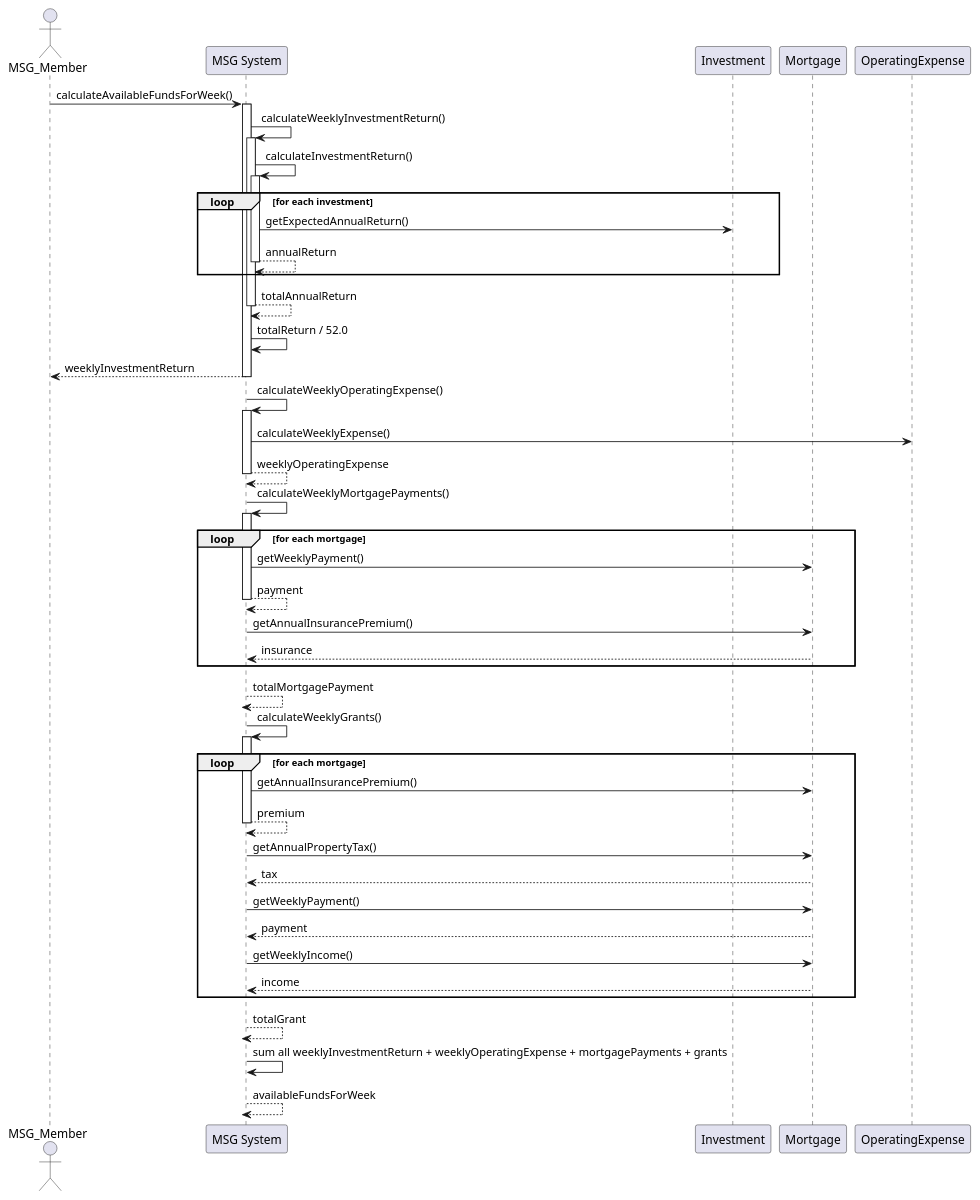
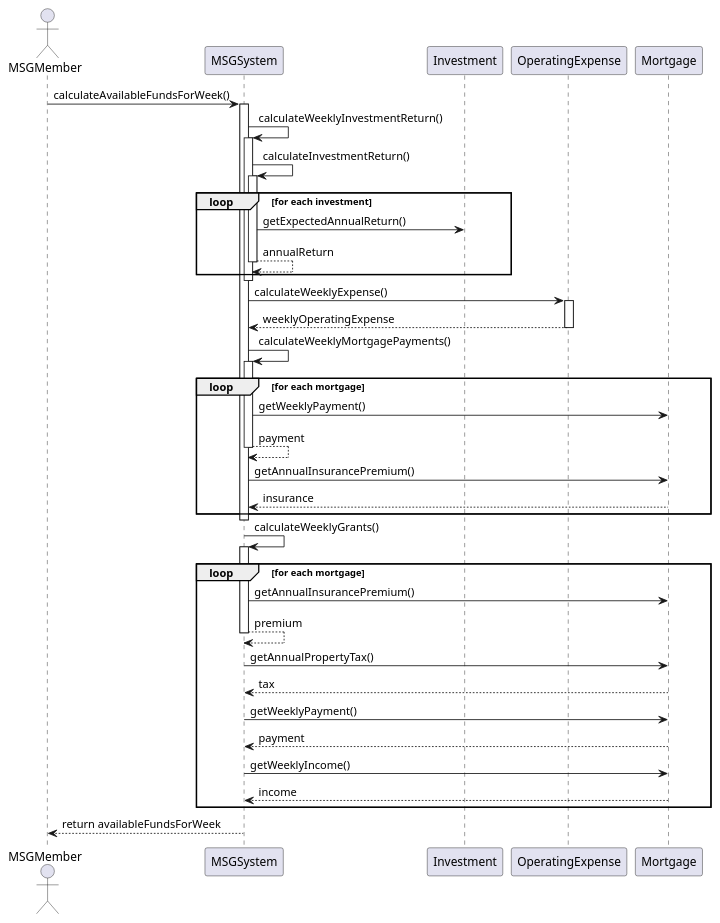
One commit to DongChyeon/MSG-Foundation-Assignment changed the diagram in sequence.puml. Above: the diagram before and after it, drawn with PlantUML. The commit also changed 2 other files, not shown here.

Commit message:
Fix : 주간 가용 자금 계산 시퀀스 다이어그램 수정

```diff
--- a/sequence.puml
+++ b/sequence.puml
@@ -1,61 +1,52 @@
 @startuml
-actor MSG_Member
+actor MSGMember
+participant "MSGSystem" as msg
+participant "Investment" as inv
+participant "OperatingExpense" as op
+participant "Mortgage" as mort
 
-participant "MSG System" as msg
-participant "Investment" as inv
-participant "Mortgage" as mort
-participant "OperatingExpense" as op
+MSGMember -> msg : calculateAvailableFundsForWeek()
+activate msg
 
-MSG_Member -> msg : calculateAvailableFundsForWeek()
-
-activate msg
 msg -> msg : calculateWeeklyInvestmentReturn()
 activate msg
-msg -> msg : calculateInvestmentReturn()
-activate msg
-loop for each investment
-    msg -> inv : getExpectedAnnualReturn()
-    return annualReturn
-end
-return totalAnnualReturn
-msg -> msg : totalReturn / 52.0
-return weeklyInvestmentReturn
-deactivate msg
+    msg -> msg : calculateInvestmentReturn()
+    activate msg
+        loop for each investment
+            msg -> inv : getExpectedAnnualReturn()
+            return annualReturn
+        end
+    deactivate msg
 
-msg -> msg : calculateWeeklyOperatingExpense()
-activate msg
 msg -> op : calculateWeeklyExpense()
+activate op
 return weeklyOperatingExpense
-deactivate msg
+deactivate op
 
 msg -> msg : calculateWeeklyMortgagePayments()
 activate msg
-loop for each mortgage
-    msg -> mort : getWeeklyPayment()
-    return payment
-    msg -> mort : getAnnualInsurancePremium()
-    return insurance
-end
-msg --> msg: totalMortgagePayment
+    loop for each mortgage
+        msg -> mort : getWeeklyPayment()
+        return payment
+        msg -> mort : getAnnualInsurancePremium()
+        return insurance
+    end
 deactivate msg
 
 msg -> msg : calculateWeeklyGrants()
 activate msg
-loop for each mortgage
-    msg -> mort : getAnnualInsurancePremium()
-    return premium
-    msg -> mort : getAnnualPropertyTax()
-    return tax
-    msg -> mort : getWeeklyPayment()
-    return payment
-    msg -> mort : getWeeklyIncome()
-    return income
-end
-msg --> msg: totalGrant
+    loop for each mortgage
+        msg -> mort : getAnnualInsurancePremium()
+        return premium
+        msg -> mort : getAnnualPropertyTax()
+        return tax
+        msg -> mort : getWeeklyPayment()
+        return payment
+        msg -> mort : getWeeklyIncome()
+        return income
+    end
 deactivate msg
 
-msg -> msg : sum all weeklyInvestmentReturn + weeklyOperatingExpense + mortgagePayments + grants
-return availableFundsForWeek
-deactivate msg
+msg --> MSGMember : return availableFundsForWeek
 
 @enduml
```
